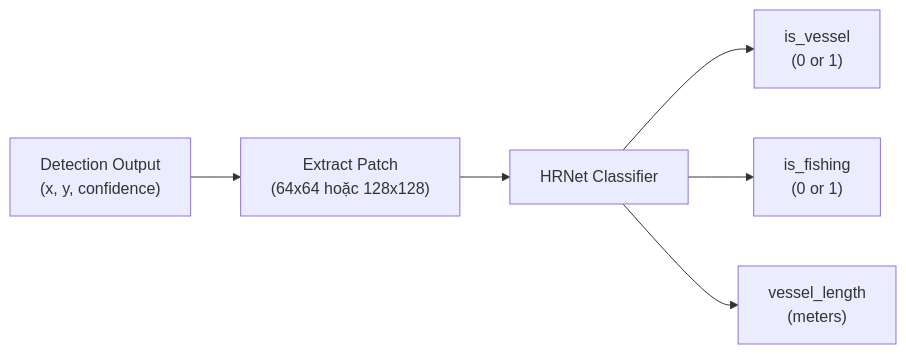
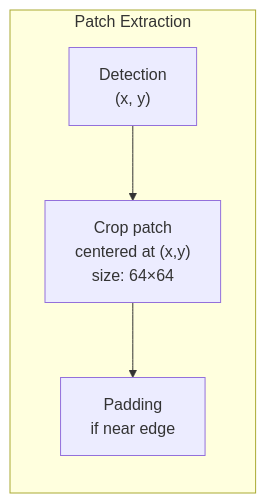
Before and after one commit to rerangst/geobayai_lab: the seventh of 10 diagrams in research/chuong-06-xview-challenges/muc-03-xview3-maritime/04-giai-ba.md, drawn with Mermaid. The commit also changed other lines of this file and 18 other files, not shown here.

````diff
--- a/research/chuong-06-xview-challenges/muc-03-xview3-maritime/04-giai-ba.md
+++ b/research/chuong-06-xview-challenges/muc-03-xview3-maritime/04-giai-ba.md
@@ -953,16 +187,10 @@
 ```mermaid
 flowchart LR
-    Detection["Detection Output<br/>(x, y, confidence)"]
-    Extract["Extract Patch<br/>(64x64 hoặc 128x128)"]
-    Classifier["HRNet Classifier"]
+    subgraph EXTRACT["Patch Extraction"]
+        DET["Detection<br/>(x, y)"]
+        CROP["Crop patch<br/>centered at (x,y)<br/>size: 64×64"]
+        PAD["Padding<br/>if near edge"]
+    end
 
-    Vessel["is_vessel<br/>(0 or 1)"]
-    Fishing["is_fishing<br/>(0 or 1)"]
-    Length["vessel_length<br/>(meters)"]
-
-    Detection --> Extract
-    Extract --> Classifier
-    Classifier --> Vessel
-    Classifier --> Fishing
-    Classifier --> Length
+    DET --> CROP --> PAD
 ```
````
